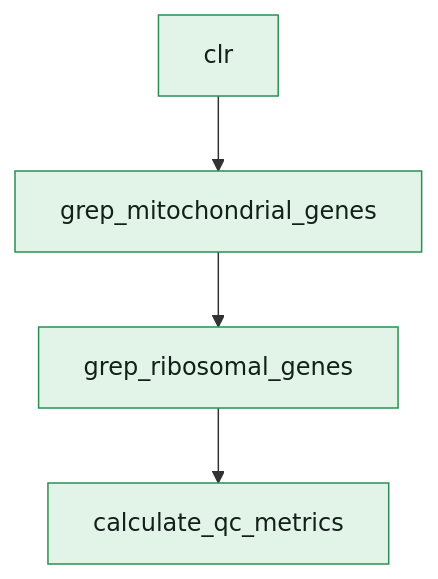
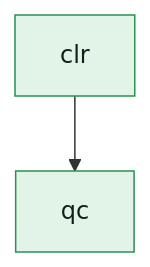
One commit to openpipelines-bio/openpipeline_docs changed the diagram in reference/openpipeline/v4.2.0/workflows/prot/prot_multisample.qmd. Above: the diagram before and after it, drawn with Mermaid. The commit also changed other lines of this file and 40 other files, not shown here.

````diff
--- a/reference/openpipeline/v4.2.0/workflows/prot/prot_multisample.qmd
+++ b/reference/openpipeline/v4.2.0/workflows/prot/prot_multisample.qmd
@@ -118,14 +118,8 @@
 ```{mermaid}
 flowchart TB
-    v120["calculate_qc_metrics"]
-    v18["clr"]
-    v58["grep_mitochondrial_genes"]
-    v89["grep_ribosomal_genes"]
-    v18 --> v58
-    v58 --> v89
-    v89 --> v120
-    style v120 fill:#e2f4e7,stroke:#2b8f52,color:#13201a
-    style v18 fill:#e2f4e7,stroke:#2b8f52,color:#13201a
-    style v58 fill:#e2f4e7,stroke:#2b8f52,color:#13201a
-    style v89 fill:#e2f4e7,stroke:#2b8f52,color:#13201a
+    c_transform_clr["clr"]
+    c_workflows_qc_qc["qc"]
+    c_transform_clr --> c_workflows_qc_qc
+    style c_transform_clr fill:#e2f4e7,stroke:#2b8f52,color:#13201a
+    style c_workflows_qc_qc fill:#e2f4e7,stroke:#2b8f52,color:#13201a
 ```
````
